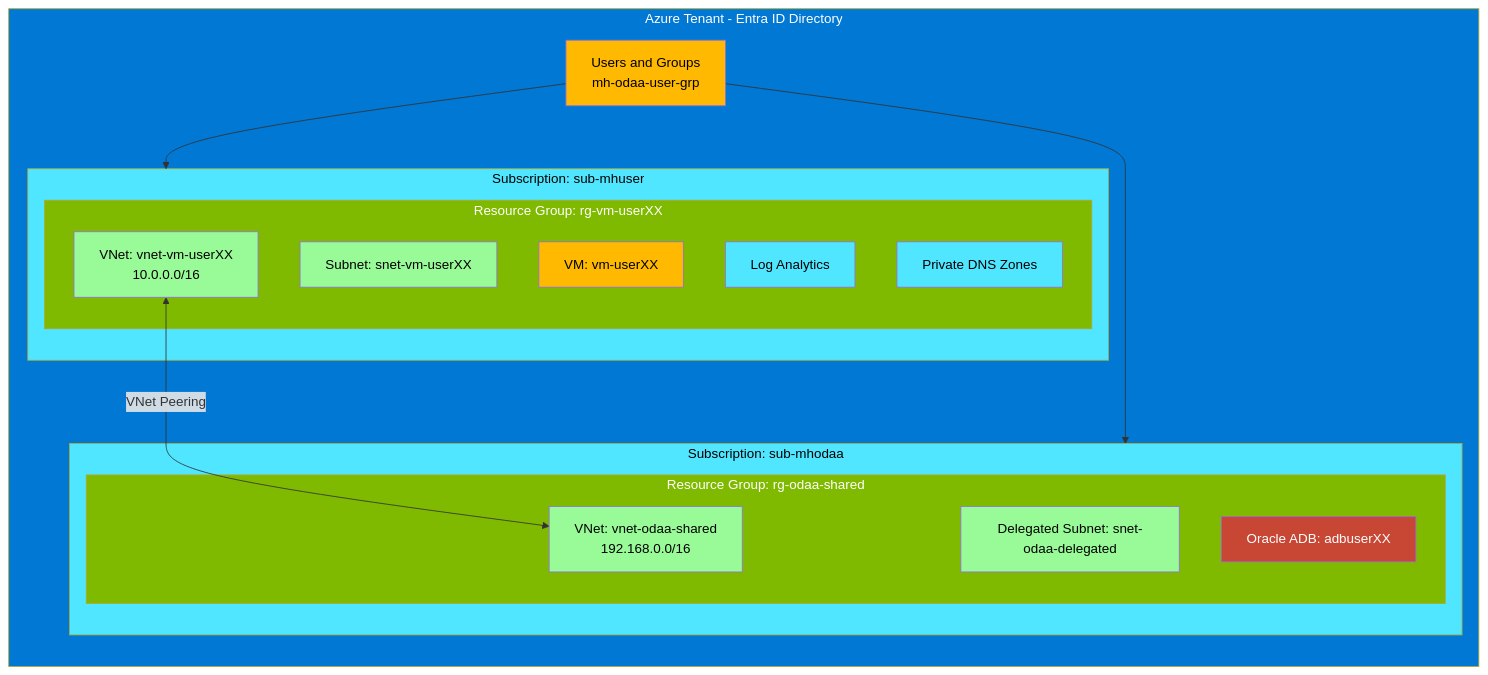
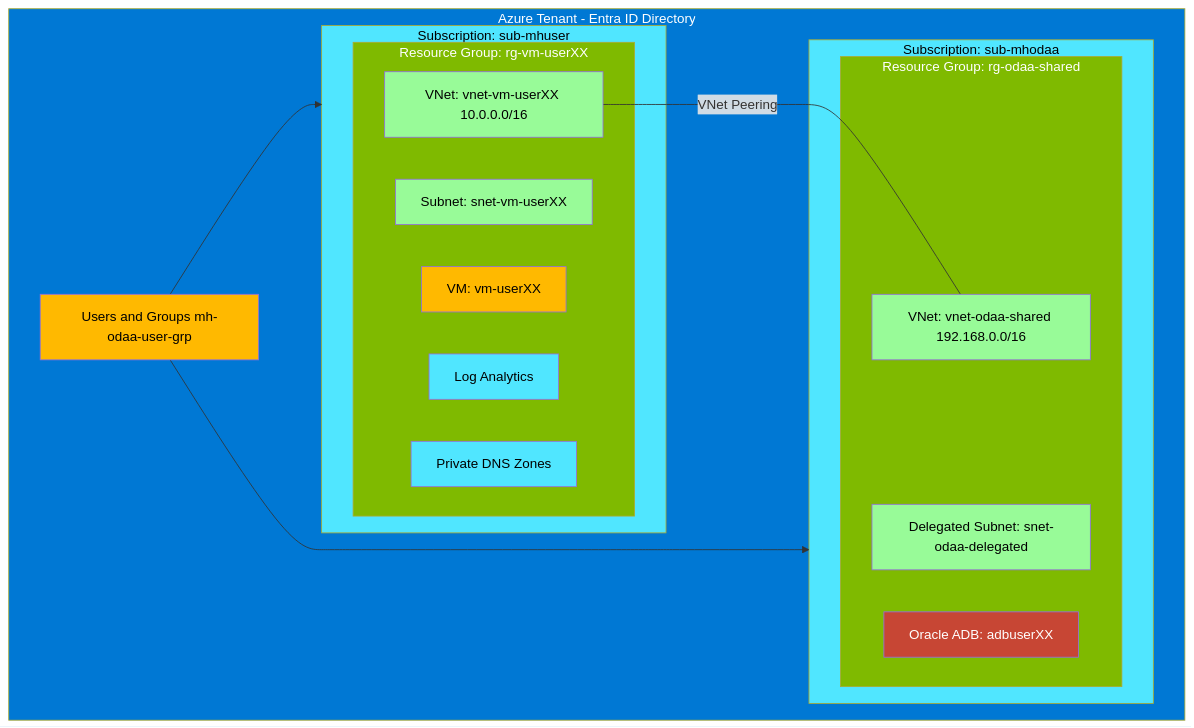
One commit to cpinotossi/msftmh changed the second of 3 diagrams in 03-Azure/01-03-Infrastructure/10_Oracle_on_Azure/README.md. Above: the diagram before and after it, drawn with Mermaid. The commit also changed other lines of this file, not shown here.

Commit message:
fix(docs): fix mermaid syntax for GitHub compatibility
GitHub's mermaid renderer fails on:
- <--> bidirectional arrows (replaced with --- labeled lines)
- Em dash character in labels (removed)
- Unquoted labels with <br/> (quoted all labels)
- direction TB inside subgraph (removed, redundant)

````diff
--- a/03-Azure/01-03-Infrastructure/10_Oracle_on_Azure/README.md
+++ b/03-Azure/01-03-Infrastructure/10_Oracle_on_Azure/README.md
@@ -92,44 +92,43 @@
 ```mermaid
 flowchart TB
-    subgraph TENANT[Azure Tenant - Entra ID Directory]
-        direction TB
-        USERS[Users and Groups<br/>mh-odaa-user-grp]
+    subgraph TENANT["Azure Tenant - Entra ID Directory"]
+        USERS["Users and Groups mh-odaa-user-grp"]
         
-        subgraph SUB_VM[Subscription: sub-mhuser]
-            subgraph RG_VM[Resource Group: rg-vm-userXX]
-                VNET_VM[VNet: vnet-vm-userXX<br/>10.0.0.0/16]
-                SNET_VM[Subnet: snet-vm-userXX]
-                VM_MACHINE[VM: vm-userXX]
-                LOG[Log Analytics]
-                DNS_ZONES[Private DNS Zones]
+        subgraph SUB_VM["Subscription: sub-mhuser"]
+            subgraph RG_VM["Resource Group: rg-vm-userXX"]
+                VNET_VM["VNet: vnet-vm-userXX 10.0.0.0/16"]
+                SNET_VM["Subnet: snet-vm-userXX"]
+                VM_MACHINE["VM: vm-userXX"]
+                LOG["Log Analytics"]
+                DNS_ZONES["Private DNS Zones"]
             end
         end
         
-        subgraph SUB_ODAA[Subscription: sub-mhodaa]
-            subgraph RG_ODAA[Resource Group: rg-odaa-shared]
-                VNET_ODAA[VNet: vnet-odaa-shared<br/>192.168.0.0/16]
-                SNET_ODAA[Delegated Subnet: snet-odaa-delegated]
-                ADB[Oracle ADB: adbuserXX]
+        subgraph SUB_ODAA["Subscription: sub-mhodaa"]
+            subgraph RG_ODAA["Resource Group: rg-odaa-shared"]
+                VNET_ODAA["VNet: vnet-odaa-shared 192.168.0.0/16"]
+                SNET_ODAA["Delegated Subnet: snet-odaa-delegated"]
+                ADB["Oracle ADB: adbuserXX"]
             end
         end
     end
 
     USERS --> SUB_VM
     USERS --> SUB_ODAA
-    VNET_VM <-->|VNet Peering| VNET_ODAA
+    VNET_VM ---|VNet Peering| VNET_ODAA
 
     style TENANT fill:#0078D4,color:#fff
     style USERS fill:#FFB900,color:#000
     style SUB_VM fill:#50E6FF,color:#000
     style SUB_ODAA fill:#50E6FF,color:#000
     style RG_VM fill:#7FBA00,color:#fff
     style RG_ODAA fill:#7FBA00,color:#fff
     style VNET_VM fill:#98FB98,color:#000
     style VNET_ODAA fill:#98FB98,color:#000
     style VM_MACHINE fill:#FFB900,color:#000
     style SNET_VM fill:#98FB98,color:#000
     style SNET_ODAA fill:#98FB98,color:#000
     style LOG fill:#50E6FF,color:#000
     style DNS_ZONES fill:#50E6FF,color:#000
     style ADB fill:#C74634,color:#fff
 ```
````
